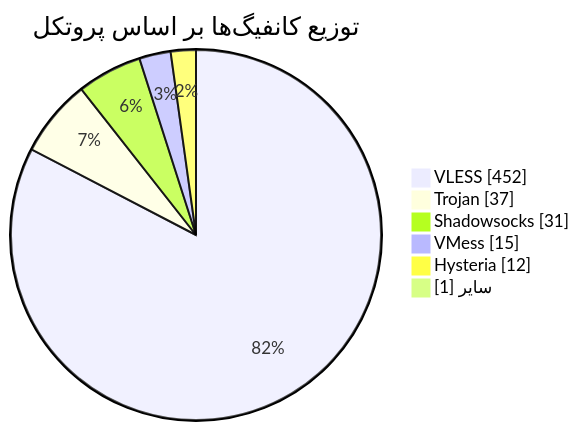
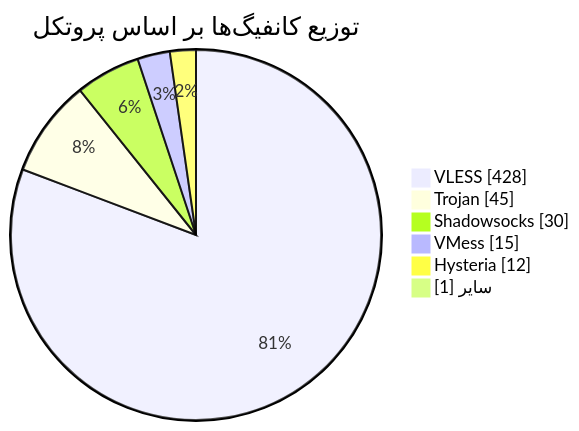
Before and after one commit to Arian-Alijani/Somthing: the diagram in README.md, drawn with Mermaid. The commit also changed other lines of this file and 81 other files, not shown here.

````diff
--- a/README.md
+++ b/README.md
@@ -48,10 +48,10 @@
 ```mermaid
 pie showData
     title توزیع کانفیگ‌ها بر اساس پروتکل
-    "VLESS" : 452
-    "Trojan" : 37
-    "Shadowsocks" : 31
+    "VLESS" : 428
+    "Trojan" : 45
+    "Shadowsocks" : 30
     "VMess" : 15
     "Hysteria" : 12
     "سایر" : 1
 ```
````
